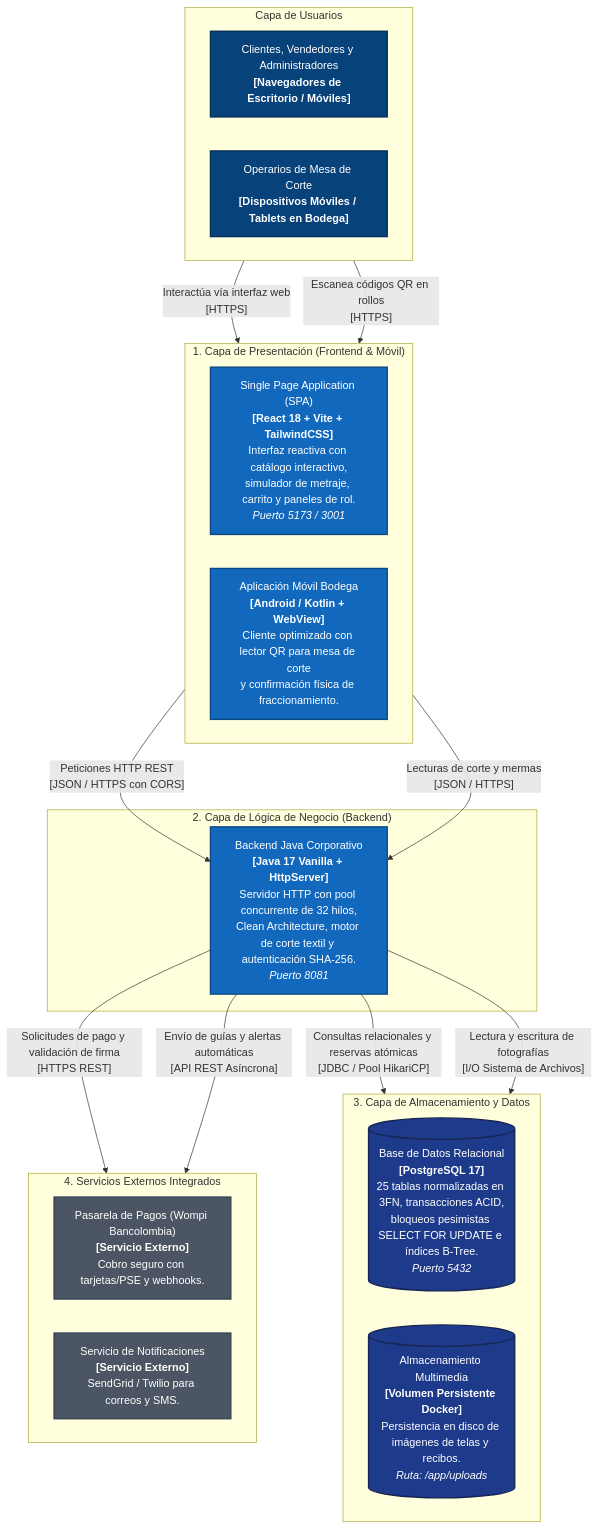
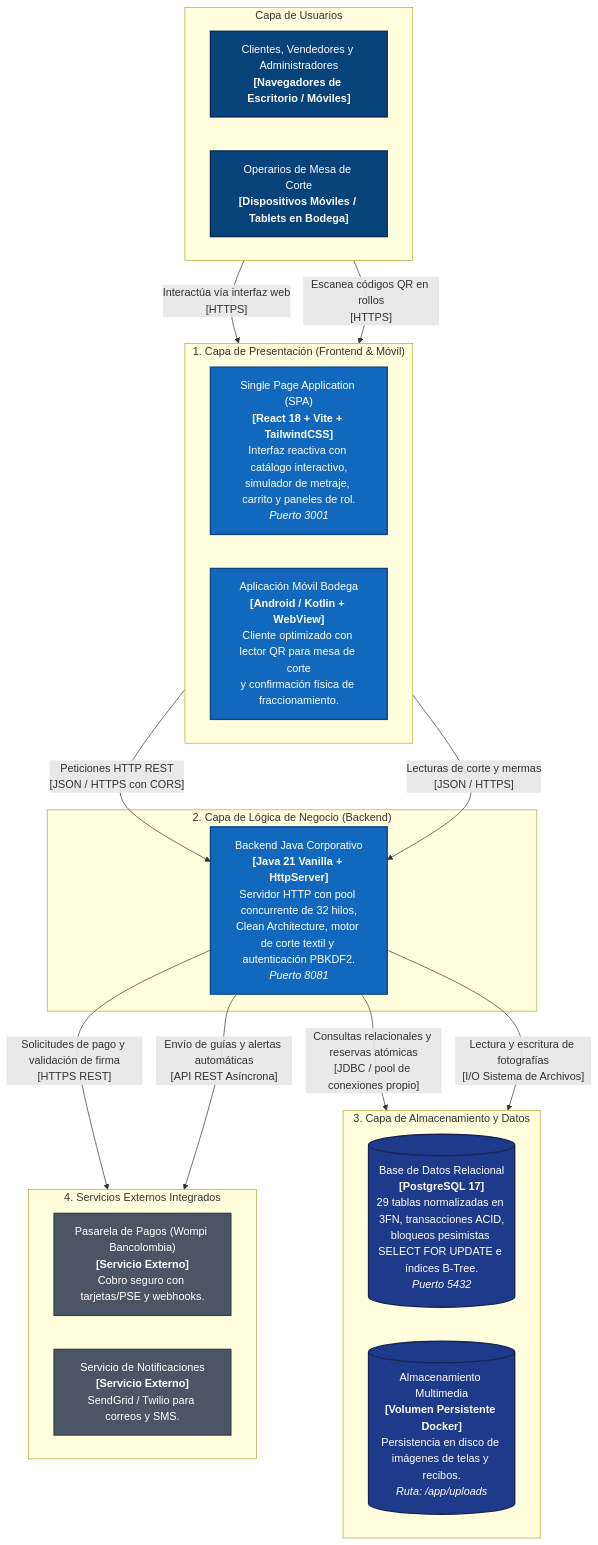
The second of 7 diagrams in documentacion/02-arquitectura-software-c4-y-backend.md (Jhonmoreno000/PROYECTO-SENA-TIENDA-TEXTIL-), drawn with Mermaid before and after one commit. The commit also changed other lines of this file and 55 other files, not shown here.

Commit message:
docs: rehacer documentacion, diagramas, contrato OpenAPI y matriz v3 segun el codigo de main (#39)

````diff
--- a/documentacion/02-arquitectura-software-c4-y-backend.md
+++ b/documentacion/02-arquitectura-software-c4-y-backend.md
@@ -147,47 +149,47 @@
 ```mermaid
 flowchart TD
     classDef actorStyle fill:#08427B,stroke:#052e56,stroke-width:2px,color:#ffffff,font-family:sans-serif;
     classDef containerStyle fill:#1168BD,stroke:#0b4884,stroke-width:2px,color:#ffffff,font-family:sans-serif;
     classDef dbStyle fill:#1e3a8a,stroke:#172554,stroke-width:2px,color:#ffffff,font-family:sans-serif;
     classDef extStyle fill:#4B5563,stroke:#374151,stroke-width:2px,color:#ffffff,font-family:sans-serif;
 
     subgraph Usuarios ["Capa de Usuarios"]
         direction LR
         userWeb["Clientes, Vendedores y Administradores<br/><b>[Navegadores de Escritorio / Móviles]</b>"]:::actorStyle
         userBodega["Operarios de Mesa de Corte<br/><b>[Dispositivos Móviles / Tablets en Bodega]</b>"]:::actorStyle
     end
 
     subgraph CapaPresentacion ["1. Capa de Presentación (Frontend & Móvil)"]
         direction LR
-        frontendWeb["Single Page Application (SPA)<br/><b>[React 18 + Vite + TailwindCSS]</b><br/>Interfaz reactiva con catálogo interactivo,<br/>simulador de metraje, carrito y paneles de rol.<br/><i>Puerto 5173 / 3001</i>"]:::containerStyle
+        frontendWeb["Single Page Application (SPA)<br/><b>[React 18 + Vite + TailwindCSS]</b><br/>Interfaz reactiva con catálogo interactivo,<br/>simulador de metraje, carrito y paneles de rol.<br/><i>Puerto 3001</i>"]:::containerStyle
         appMovil["Aplicación Móvil Bodega<br/><b>[Android / Kotlin + WebView]</b><br/>Cliente optimizado con lector QR para mesa de corte<br/>y confirmación física de fraccionamiento."]:::containerStyle
     end
 
     subgraph CapaLogica ["2. Capa de Lógica de Negocio (Backend)"]
-        backendApi["Backend Java Corporativo<br/><b>[Java 17 Vanilla + HttpServer]</b><br/>Servidor HTTP con pool concurrente de 32 hilos,<br/>Clean Architecture, motor de corte textil y autenticación SHA-256.<br/><i>Puerto 8081</i>"]:::containerStyle
+        backendApi["Backend Java Corporativo<br/><b>[Java 21 Vanilla + HttpServer]</b><br/>Servidor HTTP con pool concurrente de 32 hilos,<br/>Clean Architecture, motor de corte textil y autenticación PBKDF2.<br/><i>Puerto 8081</i>"]:::containerStyle
     end
 
     subgraph CapaPersistencia ["3. Capa de Almacenamiento y Datos"]
         direction LR
-        postgresDb[("Base de Datos Relacional<br/><b>[PostgreSQL 17]</b><br/>25 tablas normalizadas en 3FN, transacciones ACID,<br/>bloqueos pesimistas SELECT FOR UPDATE e índices B-Tree.<br/><i>Puerto 5432</i>")]:::dbStyle
+        postgresDb[("Base de Datos Relacional<br/><b>[PostgreSQL 17]</b><br/>29 tablas normalizadas en 3FN, transacciones ACID,<br/>bloqueos pesimistas SELECT FOR UPDATE e índices B-Tree.<br/><i>Puerto 5432</i>")]:::dbStyle
         volumenUploads[("Almacenamiento Multimedia<br/><b>[Volumen Persistente Docker]</b><br/>Persistencia en disco de imágenes de telas y recibos.<br/><i>Ruta: /app/uploads</i>")]:::dbStyle
     end
 
     subgraph CapaIntegraciones ["4. Servicios Externos Integrados"]
         direction LR
         pasarelaWompi["Pasarela de Pagos (Wompi Bancolombia)<br/><b>[Servicio Externo]</b><br/>Cobro seguro con tarjetas/PSE y webhooks."]:::extStyle
         notificaciones["Servicio de Notificaciones<br/><b>[Servicio Externo]</b><br/>SendGrid / Twilio para correos y SMS."]:::extStyle
     end
 
     userWeb -->|"Interactúa vía interfaz web<br/>[HTTPS]"| frontendWeb
     userBodega -->|"Escanea códigos QR en rollos<br/>[HTTPS]"| appMovil
 
     frontendWeb -->|"Peticiones HTTP REST<br/>[JSON / HTTPS con CORS]"| backendApi
     appMovil -->|"Lecturas de corte y mermas<br/>[JSON / HTTPS]"| backendApi
 
-    backendApi -->|"Consultas relacionales y reservas atómicas<br/>[JDBC / Pool HikariCP]"| postgresDb
+    backendApi -->|"Consultas relacionales y reservas atómicas<br/>[JDBC / pool de conexiones propio]"| postgresDb
     backendApi -->|"Lectura y escritura de fotografías<br/>[I/O Sistema de Archivos]"| volumenUploads
 
     backendApi -->|"Solicitudes de pago y validación de firma<br/>[HTTPS REST]"| pasarelaWompi
     backendApi -->|"Envío de guías y alertas automáticas<br/>[API REST Asíncrona]"| notificaciones
 ```
````
